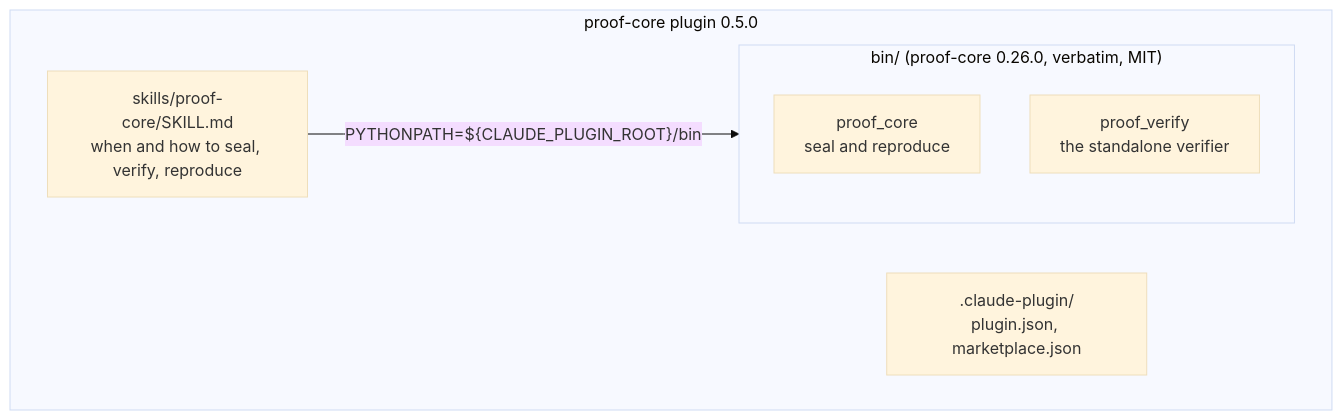
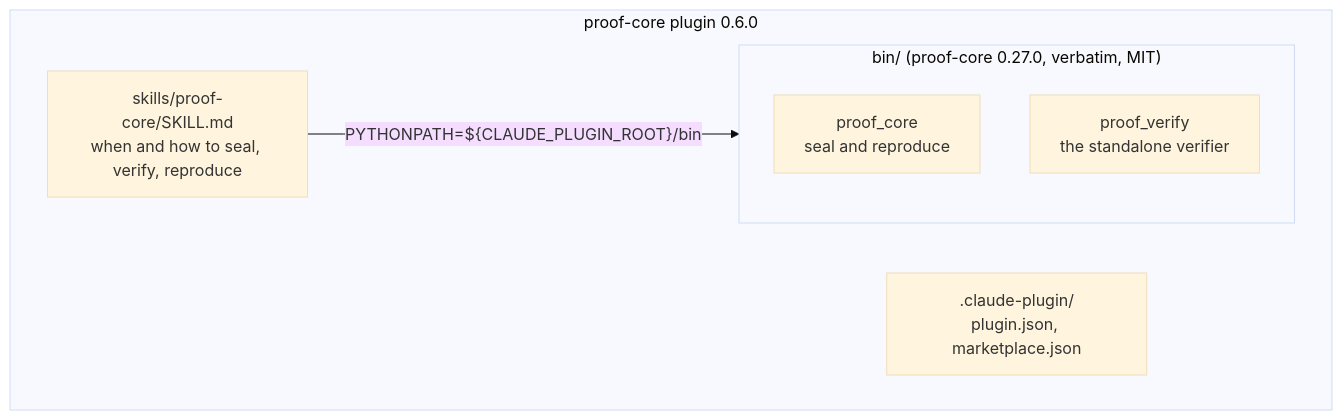
The second of 3 diagrams in README.md (SMRFORGE/proof-core), drawn with Mermaid (base theme) before and after one commit. The commit also changed other lines of this file and 12 other files, not shown here.

First line of the commit message:
vendor: proof-core v0.27.0 (spec 1.1 opt-in members); plugin 0.6.0

````diff
--- a/README.md
+++ b/README.md
@@ -75,12 +75,12 @@
 ```mermaid
 flowchart TB
-    subgraph plugin["proof-core plugin 0.5.0"]
+    subgraph plugin["proof-core plugin 0.6.0"]
         MAN[".claude-plugin/<br/>plugin.json, marketplace.json"]
         SKILL["skills/proof-core/SKILL.md<br/>when and how to seal, verify, reproduce"]
-        subgraph bin["bin/ (proof-core 0.26.0, verbatim, MIT)"]
+        subgraph bin["bin/ (proof-core 0.27.0, verbatim, MIT)"]
             PC["proof_core<br/>seal and reproduce"]
             PV["proof_verify<br/>the standalone verifier"]
         end
     end
     SKILL -->|"PYTHONPATH=${CLAUDE_PLUGIN_ROOT}/bin"| bin
 ```
````
